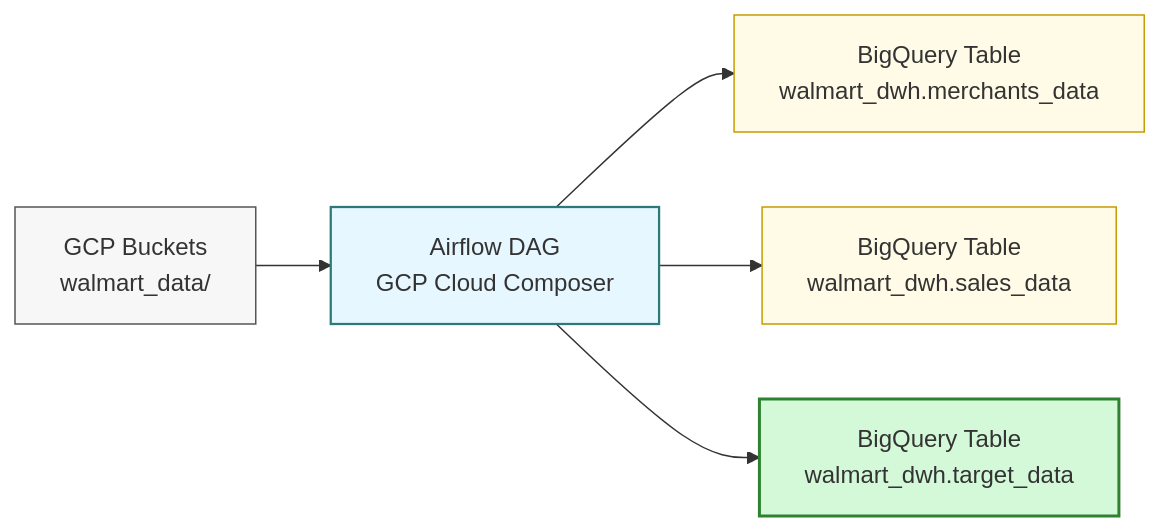
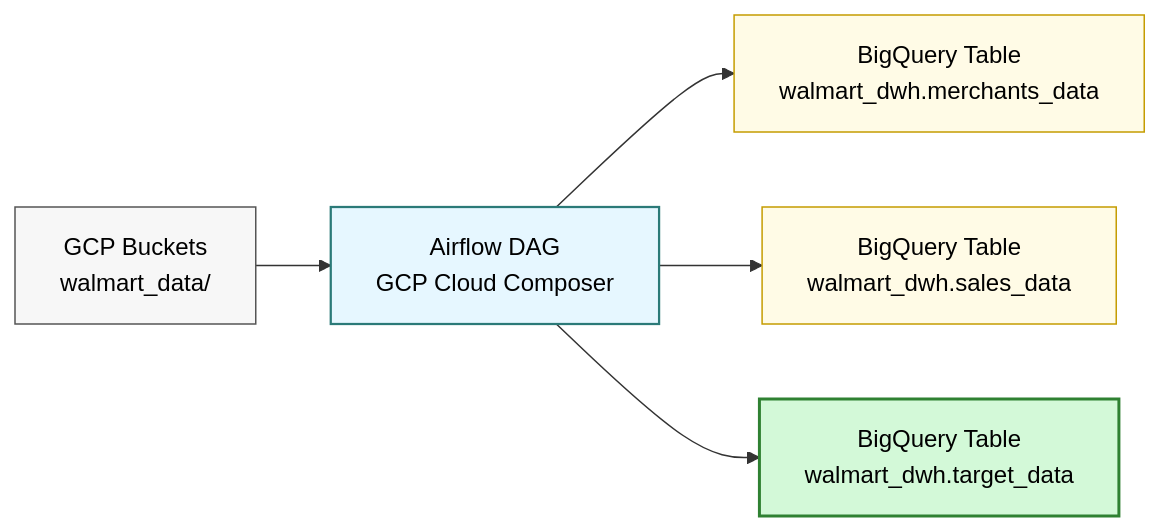
One commit to RITS98/Walmart-Data-Ingestion-Using-Airflow-to-BigQuery changed the diagram in README.md. Above: the diagram before and after it, drawn with Mermaid.

````diff
--- a/README.md
+++ b/README.md
@@ -10,13 +10,13 @@
 ```mermaid
 flowchart LR;
     A[GCP Buckets<br>walmart_data/] --> B[Airflow DAG<br>GCP Cloud Composer];
     B --> C1[BigQuery Table<br>walmart_dwh.merchants_data];
     B --> C2[BigQuery Table<br>walmart_dwh.sales_data];
     B --> C3[BigQuery Table<br>walmart_dwh.target_data];
     
-    style A fill:#f7f7f7,stroke:#555,stroke-width:1px;
-    style B fill:#e6f7ff,stroke:#2b7a78,stroke-width:1.5px;
-    style C1 fill:#fffbe6,stroke:#c59c00,stroke-width:1px;
-    style C2 fill:#fffbe6,stroke:#c59c00,stroke-width:1px;
-    style C3 fill:#d3f9d8,stroke:#2f8132,stroke-width:2px;
+    style A fill:#f7f7f7,stroke:#555,stroke-width:1px,color:black;
+    style B fill:#e6f7ff,stroke:#2b7a78,stroke-width:1.5px,color:black;
+    style C1 fill:#fffbe6,stroke:#c59c00,stroke-width:1px,color:black;
+    style C2 fill:#fffbe6,stroke:#c59c00,stroke-width:1px,color:black;
+    style C3 fill:#d3f9d8,stroke:#2f8132,stroke-width:2px,color:black;
 ```
````
